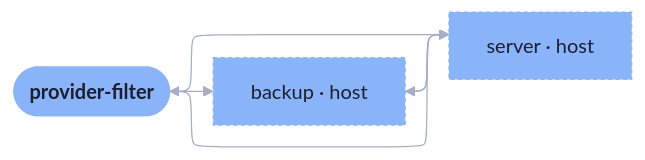
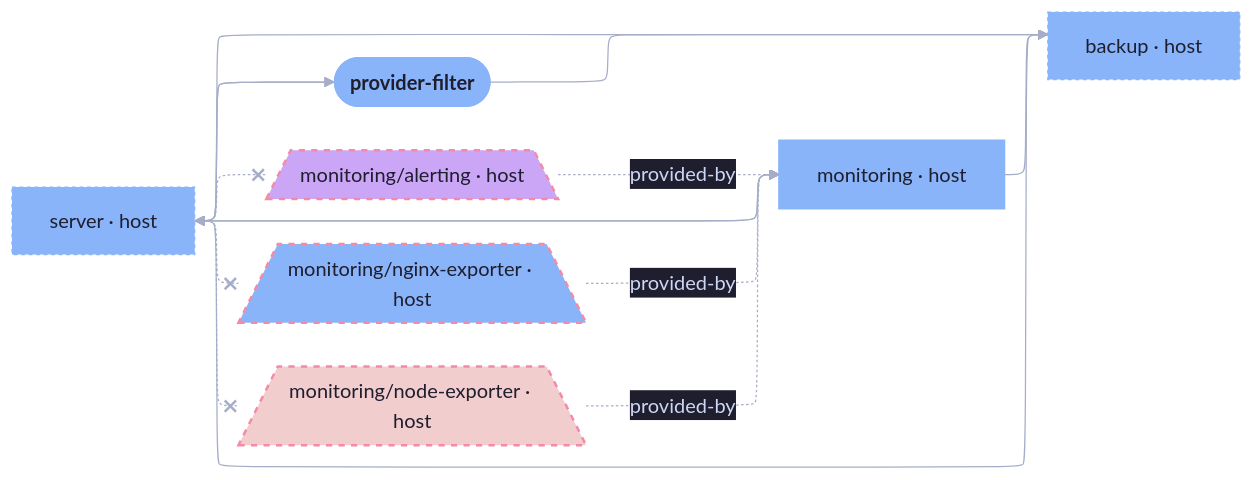
Before and after one commit to sini/den: the diagram in templates/diag-fx-demo/diagrams/provider-filter-adapters.md, drawn with Mermaid. The commit also changed 526 other files, not shown here.

Commit message:
chore: update fx diagrams

````diff
--- a/templates/diag-fx-demo/diagrams/provider-filter-adapters.md
+++ b/templates/diag-fx-demo/diagrams/provider-filter-adapters.md
@@ -5,18 +5,35 @@
 ```mermaid
 %%{init: {"elk":{"mergeEdges":true,"nodePlacementStrategy":"BRANDES_KOEPF"},"layout":"elk","theme":"base","themeVariables":{"activationBkgColor":"#313244","activationBorderColor":"#6c7086","actorBkg":"#313244","actorBorder":"#a6adc8","actorLineColor":"#a6adc8","actorTextColor":"#cdd6f4","background":"#1e1e2e","classText":"#cdd6f4","clusterBkg":"#313244","clusterBorder":"#6c7086","edgeLabelBackground":"#1e1e2e","labelBoxBkgColor":"#313244","labelBoxBorderColor":"#a6adc8","labelTextColor":"#cdd6f4","lineColor":"#a6adc8","loopTextColor":"#cdd6f4","mainBkg":"#313244","nodeBkg":"#313244","nodeBorder":"#a6adc8","nodeTextColor":"#cdd6f4","noteBkgColor":"#313244","noteBorderColor":"#6c7086","noteTextColor":"#cdd6f4","pie1":"#f38ba8","pie2":"#fab387","pie3":"#f9e2af","pie4":"#a6e3a1","pie5":"#94e2d5","pie6":"#89b4fa","pie7":"#cba6f7","pie8":"#f2cdcd","pieLegendTextColor":"#cdd6f4","pieOuterStrokeColor":"#6c7086","pieSectionTextColor":"#cdd6f4","pieStrokeColor":"#6c7086","pieTitleTextColor":"#cdd6f4","primaryBorderColor":"#a6adc8","primaryColor":"#313244","primaryTextColor":"#cdd6f4","secondBkg":"#313244","secondaryBorderColor":"#6c7086","secondaryColor":"#313244","secondaryTextColor":"#cdd6f4","sequenceNumberColor":"#1e1e2e","signalColor":"#a6adc8","signalTextColor":"#cdd6f4","tertiaryBorderColor":"#6c7086","tertiaryColor":"#313244","tertiaryTextColor":"#cdd6f4","textColor":"#cdd6f4","titleColor":"#cdd6f4"}}}%%
 graph LR
   provider_filter([provider-filter]):::root
+  monitoring__alerting[/"monitoring/alerting · host"\]:::monitoring__alerting_c
   backup["backup · host"]:::backup_c
+  monitoring["monitoring · host"]:::monitoring_c
+  monitoring__nginx_exporter[/"monitoring/nginx-exporter · host"\]:::monitoring__nginx_exporter_c
+  monitoring__node_exporter[/"monitoring/node-exporter · host"\]:::monitoring__node_exporter_c
   server["server · host"]:::server_c
 
   backup --> server
+  monitoring --> backup
   provider_filter --> backup
   server --> backup
+  monitoring --> server
   provider_filter --> server
+  server -.-x monitoring__alerting
+  server --> monitoring
+  server -.-x monitoring__nginx_exporter
+  server -.-x monitoring__node_exporter
   server --> provider_filter
+  monitoring__node_exporter -.->|provided-by| monitoring
+  monitoring__nginx_exporter -.->|provided-by| monitoring
+  monitoring__alerting -.->|provided-by| monitoring
 
   classDef root fill:#89b4fa,stroke:#89b4fa,color:#1e1e2e,font-weight:bold
+  classDef monitoring__alerting_c fill:#cba6f7,stroke:#f38ba8,color:#1e1e2e,stroke-dasharray: 5 5,stroke-width:2px
   classDef backup_c fill:#89b4fa,stroke:#89b4fa,color:#1e1e2e,stroke-dasharray: 3 3,stroke-width:1px
+  classDef monitoring_c fill:#89b4fa,stroke:#89b4fa,color:#1e1e2e,stroke-width:2px
+  classDef monitoring__nginx_exporter_c fill:#89b4fa,stroke:#f38ba8,color:#1e1e2e,stroke-dasharray: 5 5,stroke-width:2px
+  classDef monitoring__node_exporter_c fill:#f2cdcd,stroke:#f38ba8,color:#1e1e2e,stroke-dasharray: 5 5,stroke-width:2px
   classDef provider_filter_c fill:#89b4fa,stroke:#89b4fa,color:#1e1e2e,stroke-width:3px
   classDef server_c fill:#89b4fa,stroke:#89b4fa,color:#1e1e2e,stroke-dasharray: 3 3,stroke-width:1px
 ```
````
